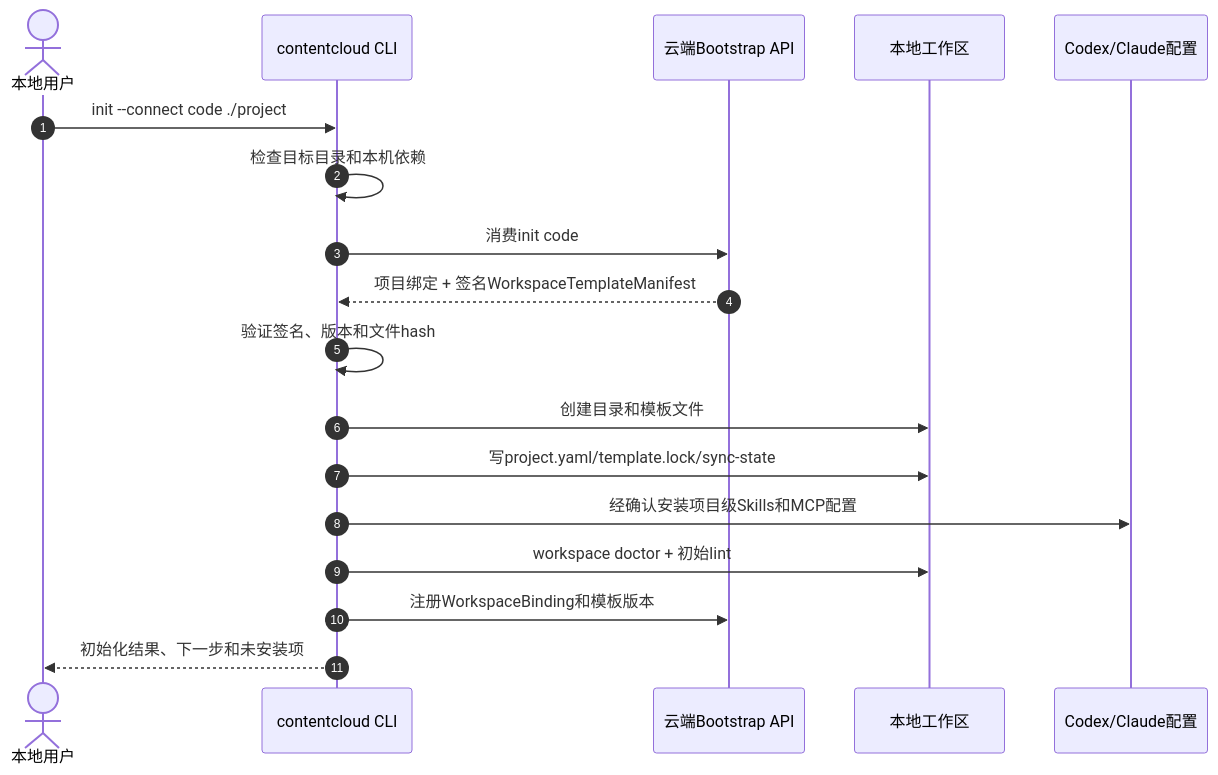
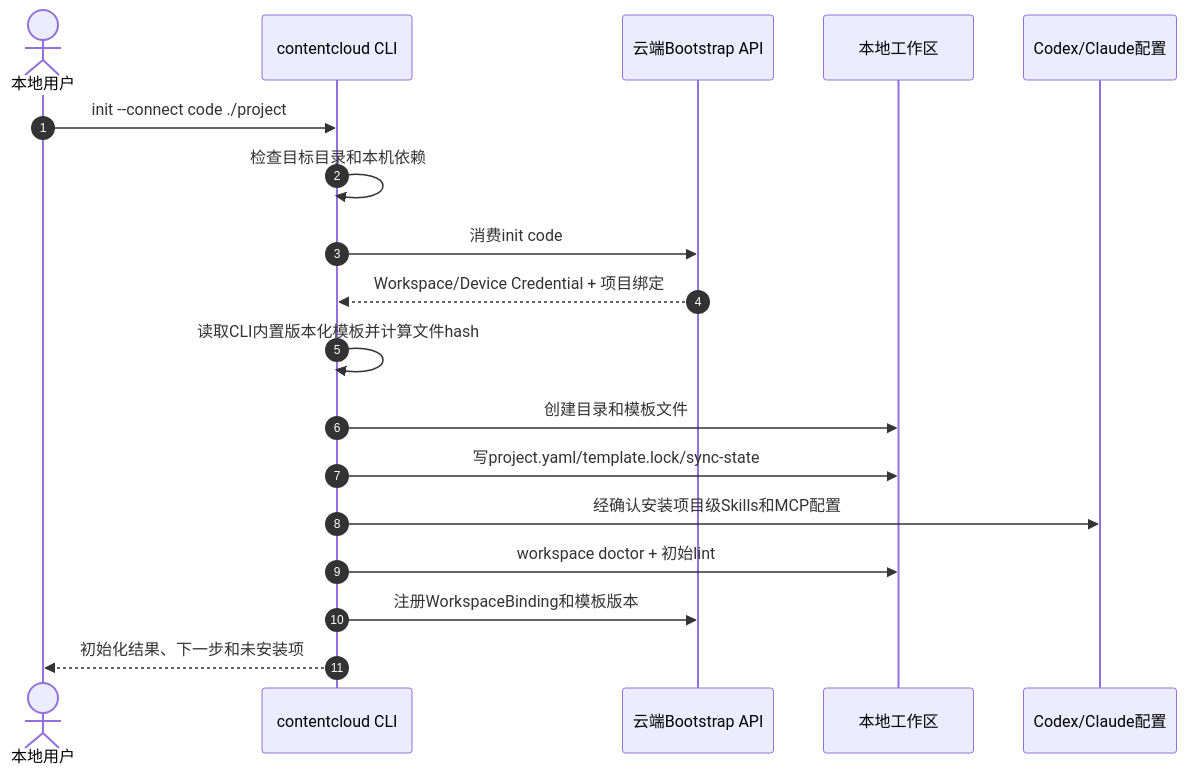
Before and after one commit to limecloud/contentcloud: the first of 2 diagrams in docs/roadmap/v2/06-local-workspace-and-publishing.md, drawn with Mermaid. The commit also changed other lines of this file and 6 other files, not shown here.

Commit message:
docs: align V2 roadmap with implementation

````diff
--- a/docs/roadmap/v2/06-local-workspace-and-publishing.md
+++ b/docs/roadmap/v2/06-local-workspace-and-publishing.md
@@ -35,21 +38,21 @@
 ```mermaid
 sequenceDiagram
     autonumber
     actor U as 本地用户
     participant CLI as contentcloud CLI
     participant API as 云端Bootstrap API
     participant FS as 本地工作区
     participant Agent as Codex/Claude配置
 
     U->>CLI: init --connect code ./project
     CLI->>CLI: 检查目标目录和本机依赖
     CLI->>API: 消费init code
-    API-->>CLI: 项目绑定 + 签名WorkspaceTemplateManifest
-    CLI->>CLI: 验证签名、版本和文件hash
+    API-->>CLI: Workspace/Device Credential + 项目绑定
+    CLI->>CLI: 读取CLI内置版本化模板并计算文件hash
     CLI->>FS: 创建目录和模板文件
     CLI->>FS: 写project.yaml/template.lock/sync-state
     CLI->>Agent: 经确认安装项目级Skills和MCP配置
     CLI->>FS: workspace doctor + 初始lint
     CLI->>API: 注册WorkspaceBinding和模板版本
     CLI-->>U: 初始化结果、下一步和未安装项
 ```
````
